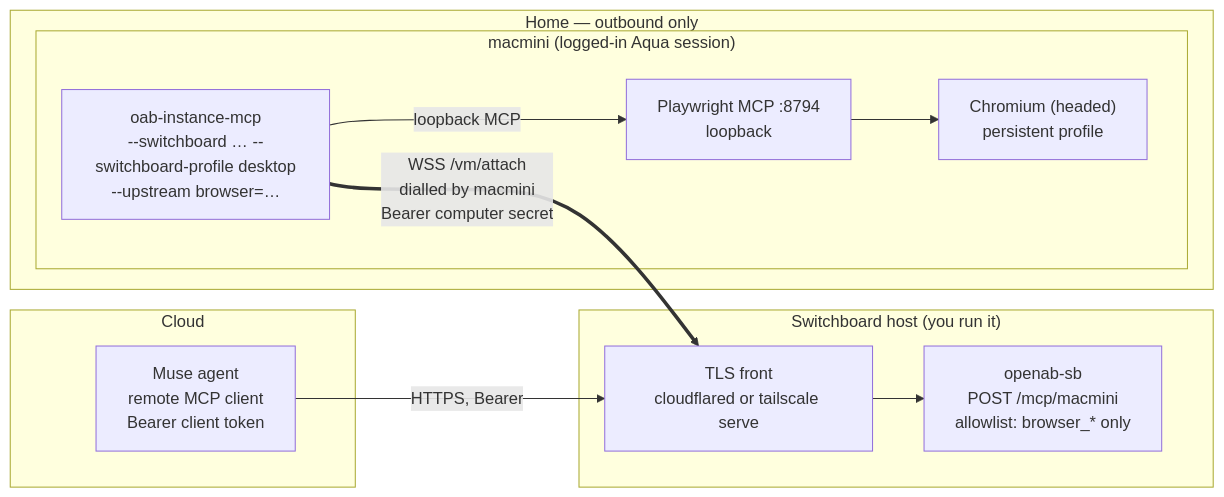
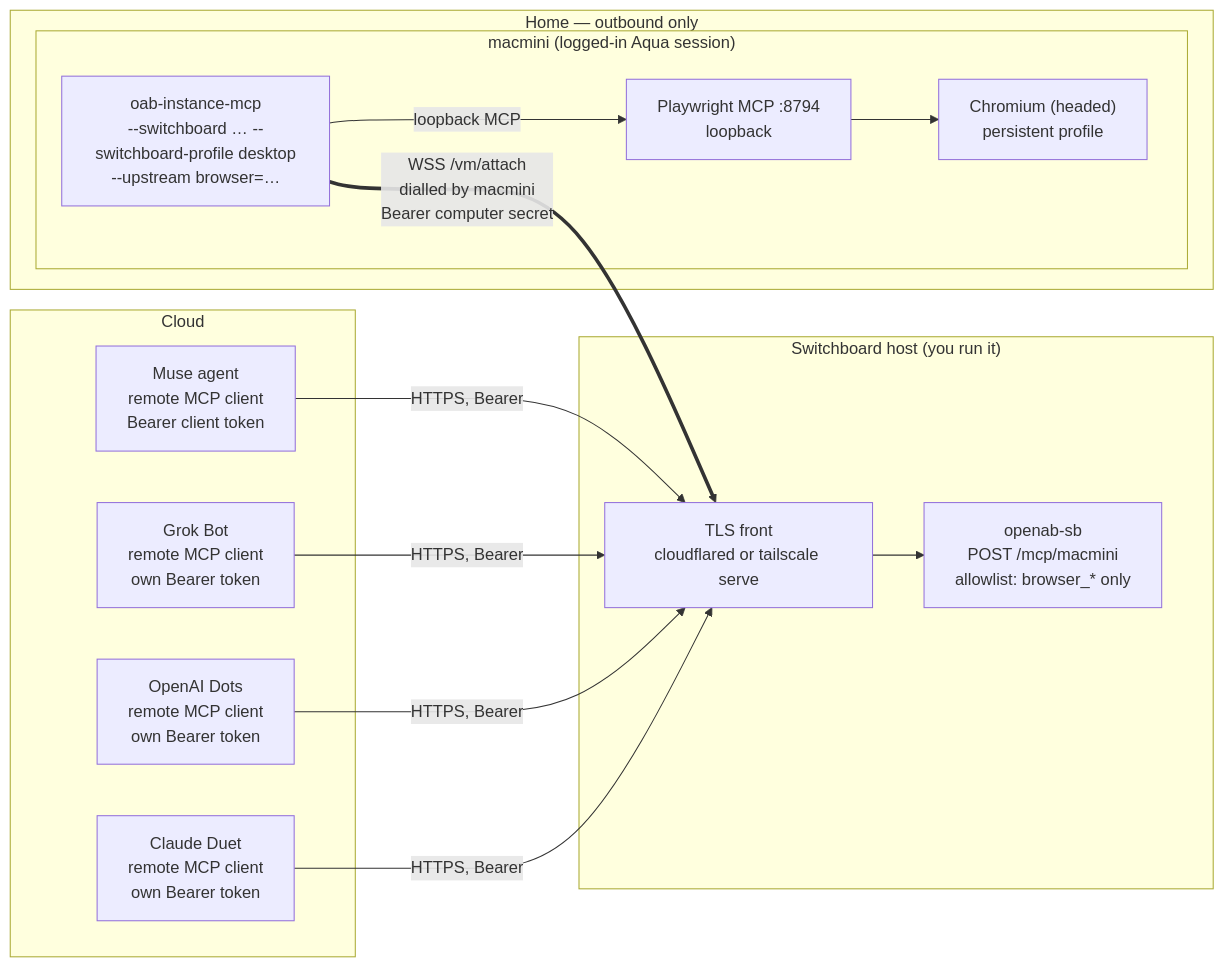
Before and after one commit to chaodu-agent/openab-sb: the diagram in docs/reference-architecture-muse-home-browser.md, drawn with Mermaid. The commit also changed other lines of this file, not shown here.

Commit message:
docs: add Grok Bot, OpenAI Dots and Claude Duet as callers in the diagram

````diff
--- a/docs/reference-architecture-muse-home-browser.md
+++ b/docs/reference-architecture-muse-home-browser.md
@@ -62,24 +62,30 @@
 ```mermaid
 flowchart LR
     subgraph cloud["Cloud"]
         muse["Muse agent<br/>remote MCP client<br/>Bearer client token"]
+        grok["Grok Bot<br/>remote MCP client<br/>own Bearer token"]
+        dots["OpenAI Dots<br/>remote MCP client<br/>own Bearer token"]
+        duet["Claude Duet<br/>remote MCP client<br/>own Bearer token"]
     end
 
     subgraph edge["Switchboard host (you run it)"]
         front["TLS front<br/>cloudflared or tailscale serve"]
         sb["openab-sb<br/>POST /mcp/macmini<br/>allowlist: browser_* only"]
         front --> sb
     end
 
     subgraph home["Home — outbound only"]
         subgraph mac["macmini (logged-in Aqua session)"]
             imcp["oab-instance-mcp<br/>--switchboard … --switchboard-profile desktop<br/>--upstream browser=…"]
             pw["Playwright MCP :8794<br/>loopback"]
             chromium["Chromium (headed)<br/>persistent profile"]
             imcp -- "loopback MCP" --> pw --> chromium
         end
     end
 
     muse -- "HTTPS, Bearer" --> front
+    grok -- "HTTPS, Bearer" --> front
+    dots -- "HTTPS, Bearer" --> front
+    duet -- "HTTPS, Bearer" --> front
     imcp == "WSS /vm/attach<br/>dialled by macmini<br/>Bearer computer secret" ==> front
 ```
````
